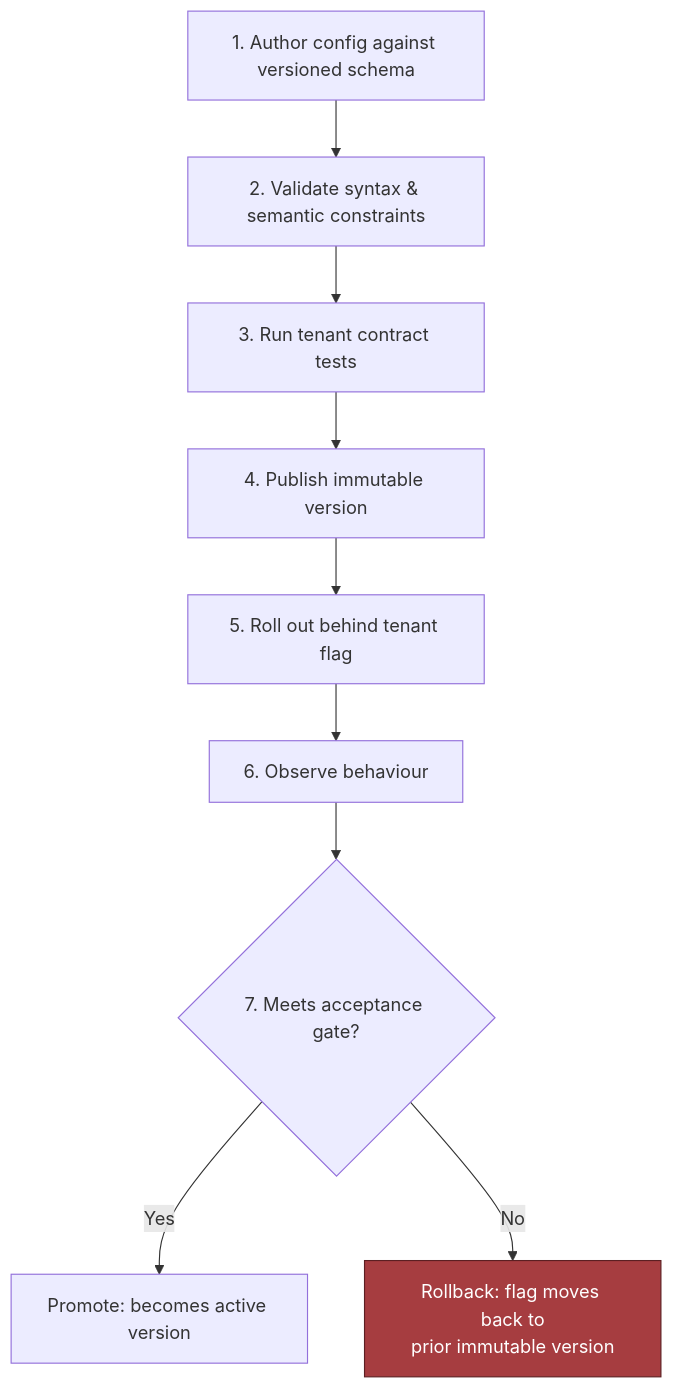
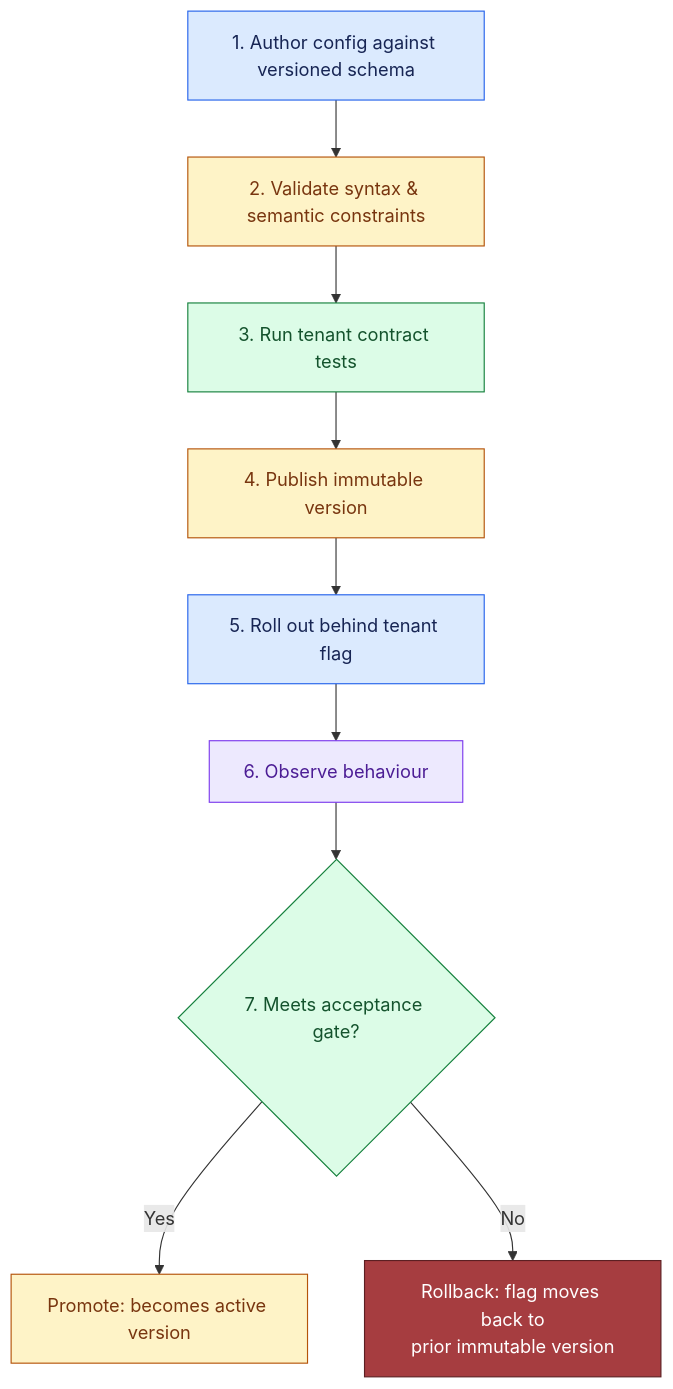
The third of 3 diagrams in 02_System_Design_Case_Studies/Standalone_Designs/25_Configurable_Platform_Customer_Workflows/3_Tutorial/25_Tutorial_Part_2.md (Sourav692/Forward-Deployed-Engineer-Interview-Prep), drawn with Mermaid before and after one commit. The commit also changed other lines of this file and 1268 other files, not shown here.

First line of the commit message:
content: polish Casebook writing and Mermaid diagrams (#251)

````diff
--- a/02_System_Design_Case_Studies/Standalone_Designs/25_Configurable_Platform_Customer_Workflows/3_Tutorial/25_Tutorial_Part_2.md
+++ b/02_System_Design_Case_Studies/Standalone_Designs/25_Configurable_Platform_Customer_Workflows/3_Tutorial/25_Tutorial_Part_2.md
@@ -193,12 +217,22 @@
 ```mermaid
 flowchart TD
   A["1. Author config against versioned schema"] --> B["2. Validate syntax & semantic constraints"]
   B --> C["3. Run tenant contract tests"]
   C --> D["4. Publish immutable version"]
   D --> E["5. Roll out behind tenant flag"]
   E --> F["6. Observe behaviour"]
   F --> G{"7. Meets acceptance gate?"}
   G -->|Yes| H["Promote: becomes active version"]
   G -->|No| I["Rollback: flag moves back to<br/>prior immutable version"]
   style I fill:#a63d40,stroke:#5c1f22,color:#fff
+
+    %% Casebook colours: entry, reasoning, results, controls, and stopped paths.
+    classDef cbInput fill:#dbeafe,stroke:#2563eb,color:#172554
+    class A,E,I cbInput
+    classDef cbPolicy fill:#fef3c7,stroke:#b45309,color:#78350f
+    class B,D,H cbPolicy
+    classDef cbAction fill:#dcfce7,stroke:#15803d,color:#14532d
+    class C,G cbAction
+    classDef cbReason fill:#ede9fe,stroke:#7c3aed,color:#4c1d95
+    class F cbReason
 ```
````
